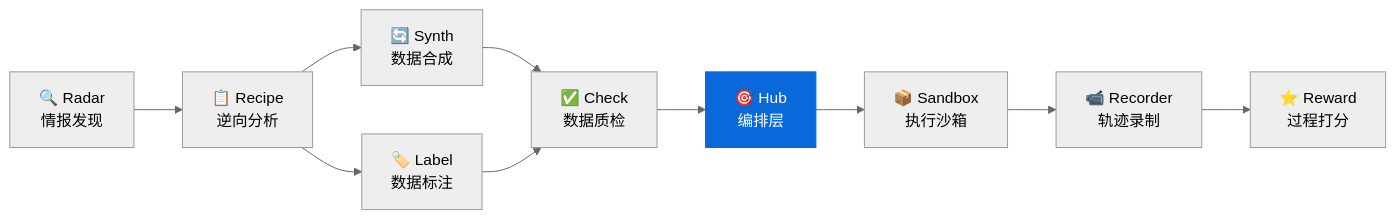
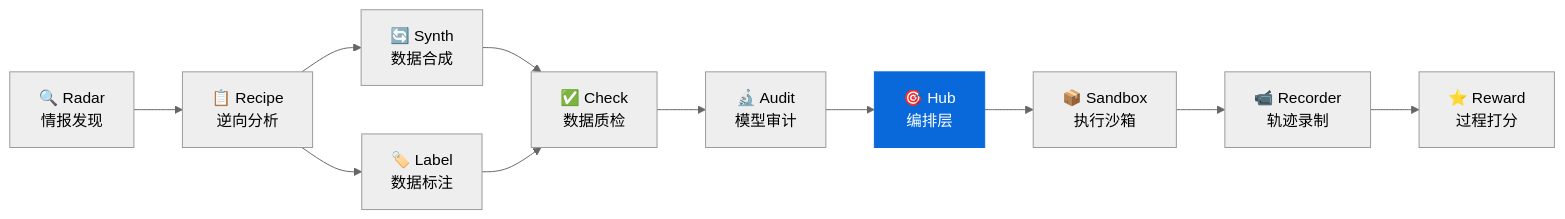
Before and after one commit to liuxiaotong/agent-trajectory-hub: the second of 2 diagrams in README.md, drawn with Mermaid (neutral theme). The commit also changed other lines of this file, not shown here.

Commit message:
生态表格加入 ModelAudit (9→10)

````diff
--- a/README.md
+++ b/README.md
@@ -299,13 +299,14 @@
 ```mermaid
 graph LR
     Radar["🔍 Radar<br/>情报发现"] --> Recipe["📋 Recipe<br/>逆向分析"]
     Recipe --> Synth["🔄 Synth<br/>数据合成"]
     Recipe --> Label["🏷️ Label<br/>数据标注"]
     Synth --> Check["✅ Check<br/>数据质检"]
     Label --> Check
-    Check --> Hub["🎯 Hub<br/>编排层"]
+    Check --> Audit["🔬 Audit<br/>模型审计"]
+    Audit --> Hub["🎯 Hub<br/>编排层"]
     Hub --> Sandbox["📦 Sandbox<br/>执行沙箱"]
     Sandbox --> Recorder["📹 Recorder<br/>轨迹录制"]
     Recorder --> Reward["⭐ Reward<br/>过程打分"]
     style Hub fill:#0969da,color:#fff,stroke:#0969da
 ```
````
